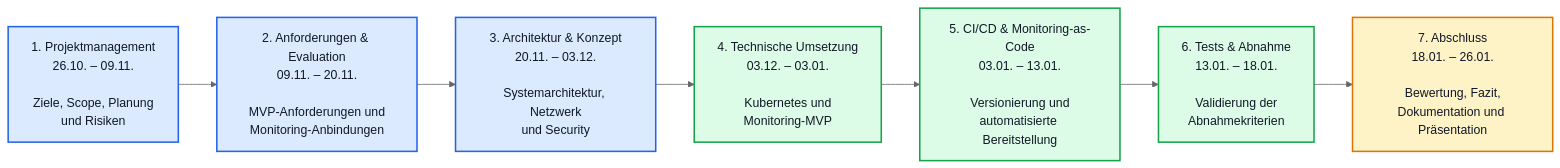
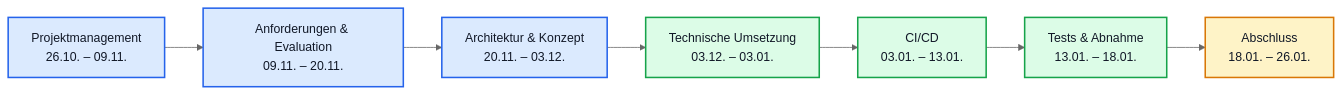
Before and after one commit to MarcMorgenegg/sem4: the third of 3 diagrams in Seiten/01. Projektübersicht.md, drawn with Mermaid (neutral theme). The commit also changed other lines of this file, not shown here.

Commit message:
docs: Seite 01. Projektübersicht überarbeitet und gekürzt

````diff
--- a/Seiten/01. Projektübersicht.md
+++ b/Seiten/01. Projektübersicht.md
@@ -626,20 +351,20 @@
 ```mermaid
 flowchart LR
-    P1["1. Projektmanagement<br/>26.10. – 09.11.<br/><br/>Ziele, Scope, Planung<br/>und Risiken"]
-    P2["2. Anforderungen & Evaluation<br/>09.11. – 20.11.<br/><br/>MVP-Anforderungen und<br/>Monitoring-Anbindungen"]
-    P3["3. Architektur & Konzept<br/>20.11. – 03.12.<br/><br/>Systemarchitektur, Netzwerk<br/>und Security"]
-    P4["4. Technische Umsetzung<br/>03.12. – 03.01.<br/><br/>Kubernetes und<br/>Monitoring-MVP"]
-    P5["5. CI/CD & Monitoring-as-Code<br/>03.01. – 13.01.<br/><br/>Versionierung und<br/>automatisierte Bereitstellung"]
-    P6["6. Tests & Abnahme<br/>13.01. – 18.01.<br/><br/>Validierung der<br/>Abnahmekriterien"]
-    P7["7. Abschluss<br/>18.01. – 26.01.<br/><br/>Bewertung, Fazit,<br/>Dokumentation und Präsentation"]
+    P1["Projektmanagement<br/>26.10. – 09.11."]
+    P2["Anforderungen & Evaluation<br/>09.11. – 20.11."]
+    P3["Architektur & Konzept<br/>20.11. – 03.12."]
+    P4["Technische Umsetzung<br/>03.12. – 03.01."]
+    P5["CI/CD<br/>03.01. – 13.01."]
+    P6["Tests & Abnahme<br/>13.01. – 18.01."]
+    P7["Abschluss<br/>18.01. – 26.01."]
 
     P1 --> P2 --> P3 --> P4 --> P5 --> P6 --> P7
 
     classDef phase fill:#dbeafe,stroke:#2563eb,color:#111827,stroke-width:2px;
     classDef implementation fill:#dcfce7,stroke:#16a34a,color:#111827,stroke-width:2px;
     classDef finish fill:#fef3c7,stroke:#d97706,color:#111827,stroke-width:2px;
 
     class P1,P2,P3 phase;
     class P4,P5,P6 implementation;
     class P7 finish;
 ```
````
